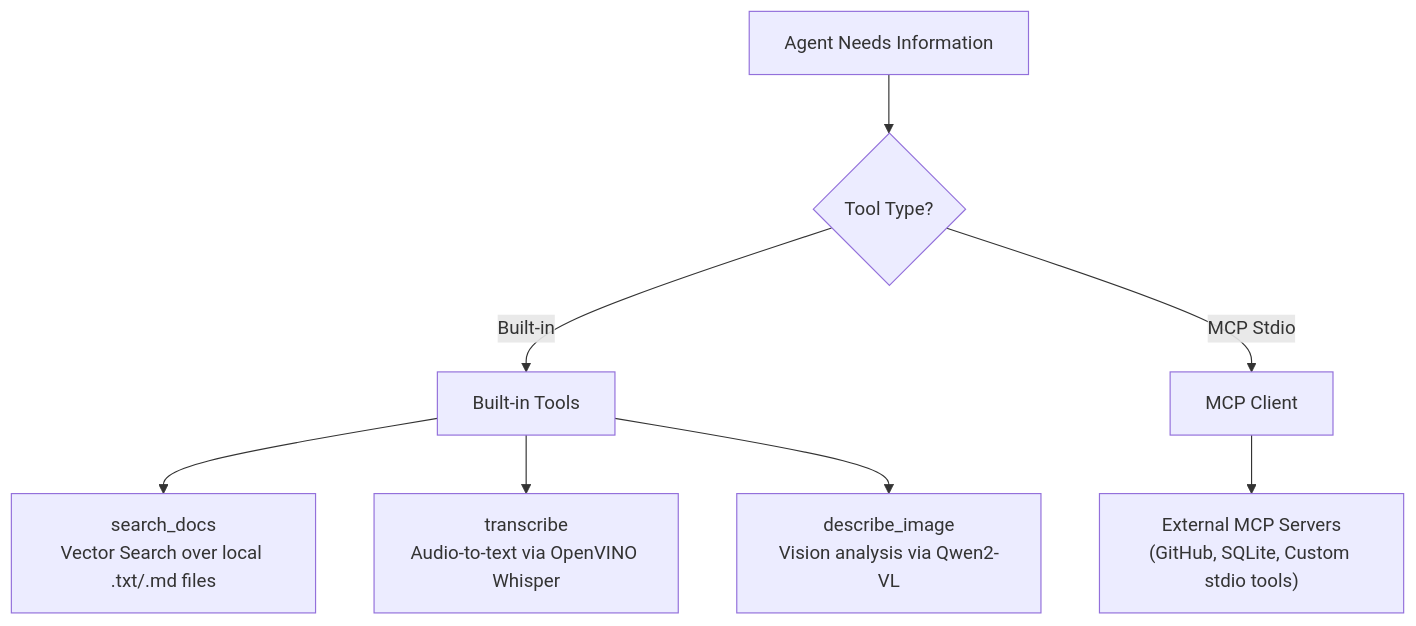
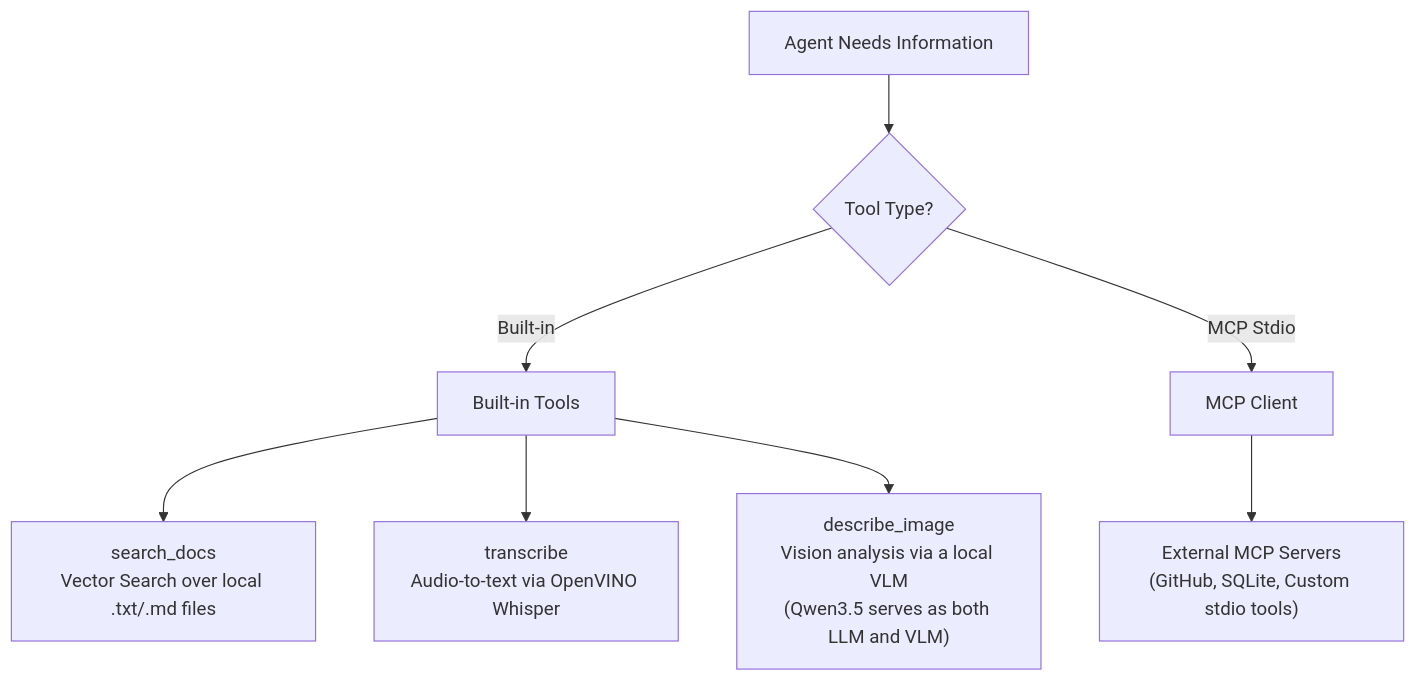
The fourth of 6 diagrams in docs/ARCHITECTURE.md (Lagmator22/ovat), drawn with Mermaid before and after one commit. The commit also changed other lines of this file and 1 other file, not shown here.

First line of the commit message:
docs(architecture): record the unified-model and tool-parser decisions

````diff
--- a/docs/ARCHITECTURE.md
+++ b/docs/ARCHITECTURE.md
@@ -122,13 +170,13 @@
 ```mermaid
 flowchart TD
     ToolReq["Agent Needs Information"] --> CheckType{"Tool Type?"}
     
     CheckType -->|"Built-in"| Builtin["Built-in Tools"]
     CheckType -->|"MCP Stdio"| MCP["MCP Client"]
     
     Builtin --> T1["search_docs<br/>Vector Search over local .txt/.md files"]
     Builtin --> T2["transcribe<br/>Audio-to-text via OpenVINO Whisper"]
-    Builtin --> T3["describe_image<br/>Vision analysis via Qwen2-VL"]
+    Builtin --> T3["describe_image<br/>Vision analysis via a local VLM<br/>(Qwen3.5 serves as both LLM and VLM)"]
     
     MCP --> M1["External MCP Servers<br/>(GitHub, SQLite, Custom stdio tools)"]
 ```
````
